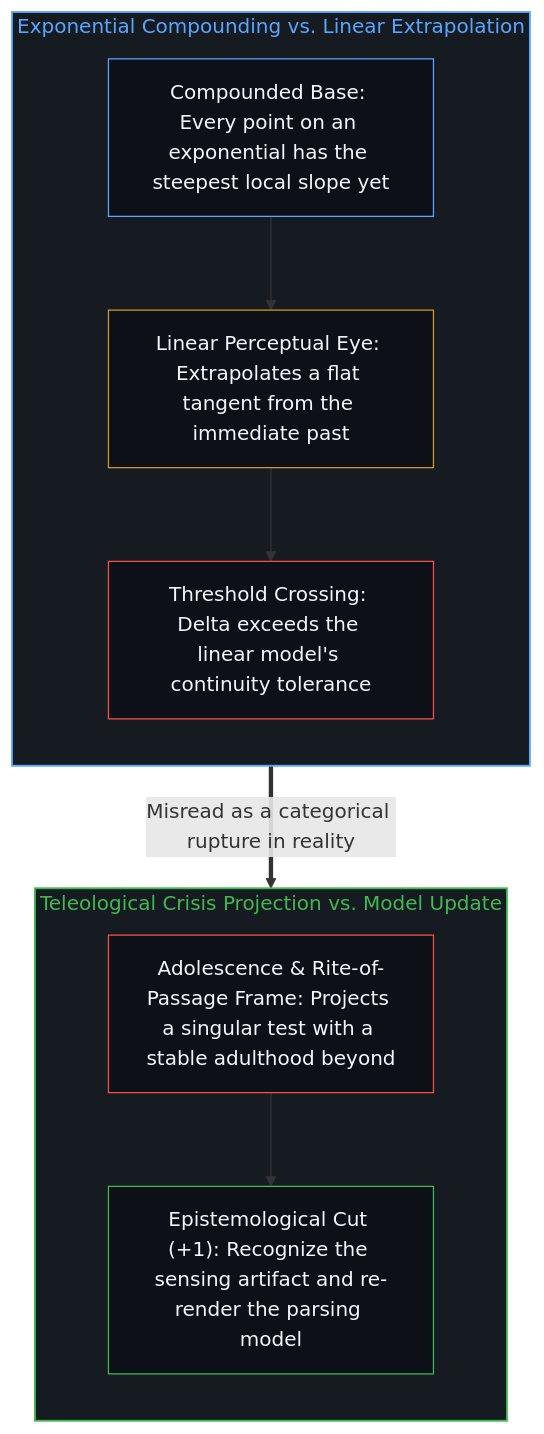
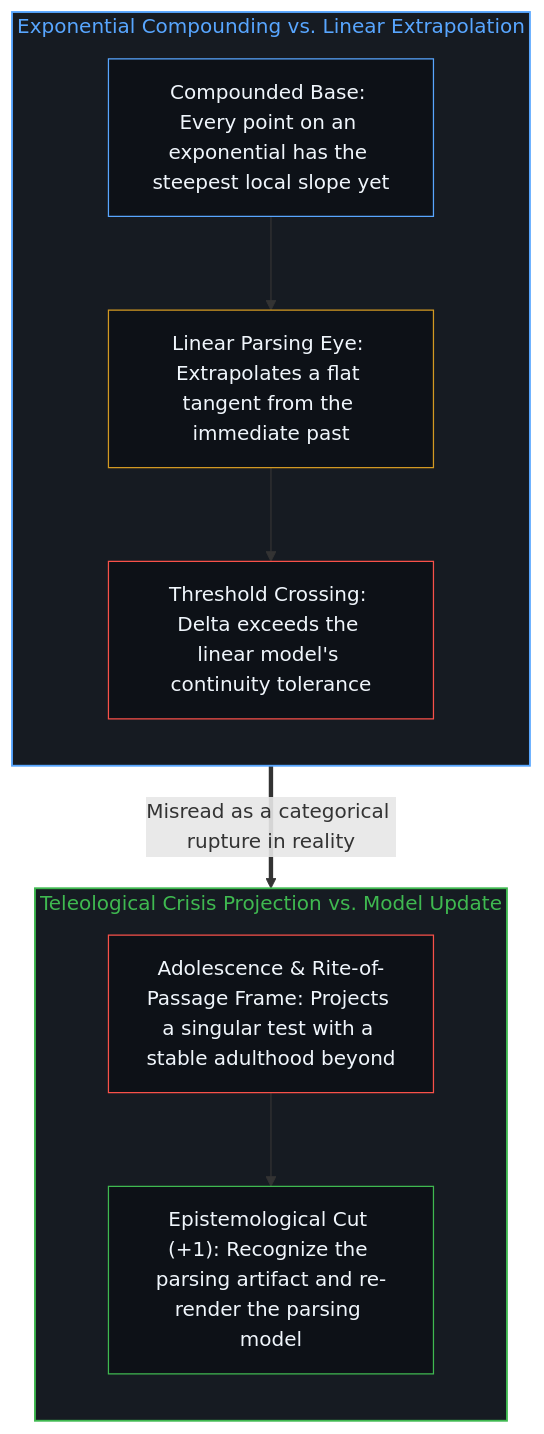
Before and after one commit to powerpig99/not-a-toe: the second of 2 diagrams in content/posts/Analysis_Adolescence_of_Technology.md, drawn with Mermaid. The commit also changed other lines of this file and 2 other files, not shown here.

````diff
--- a/content/posts/Analysis_Adolescence_of_Technology.md
+++ b/content/posts/Analysis_Adolescence_of_Technology.md
@@ -44,24 +44,24 @@
 ```mermaid
 flowchart TD
     subgraph S_Curve["Exponential Compounding vs. Linear Extrapolation"]
         direction TB
         Comp["Compounded Base: Every point on an exponential has the steepest local slope yet"]
-        Linear["Linear Perceptual Eye: Extrapolates a flat tangent from the immediate past"]
+        Linear["Linear Parsing Eye: Extrapolates a flat tangent from the immediate past"]
         Gap["Threshold Crossing: Delta exceeds the linear model's continuity tolerance"]
         Comp --> Linear --> Gap
     end
     subgraph S_Frame["Teleological Crisis Projection vs. Model Update"]
         direction TB
         Teleo["Adolescence & Rite-of-Passage Frame: Projects a singular test with a stable adulthood beyond"]
-        Update["Epistemological Cut (+1): Recognize the sensing artifact and re-render the parsing model"]
+        Update["Epistemological Cut (+1): Recognize the parsing artifact and re-render the parsing model"]
         Teleo --> Update
     end
     Gap ==>|"Misread as a categorical rupture in reality"| Teleo
     style S_Curve fill:#161b22,stroke:#58a6ff,stroke-width:1.5px,color:#58a6ff
     style S_Frame fill:#161b22,stroke:#3fb950,stroke-width:1.5px,color:#3fb950
     style Comp fill:#0d1117,stroke:#58a6ff,stroke-width:1px,color:#f0f6fc
     style Linear fill:#0d1117,stroke:#d29922,stroke-width:1px,color:#f0f6fc
     style Gap fill:#0d1117,stroke:#f85149,stroke-width:1px,color:#f0f6fc
     style Teleo fill:#0d1117,stroke:#f85149,stroke-width:1px,color:#f0f6fc
     style Update fill:#0d1117,stroke:#3fb950,stroke-width:1px,color:#f0f6fc
 ```
````
